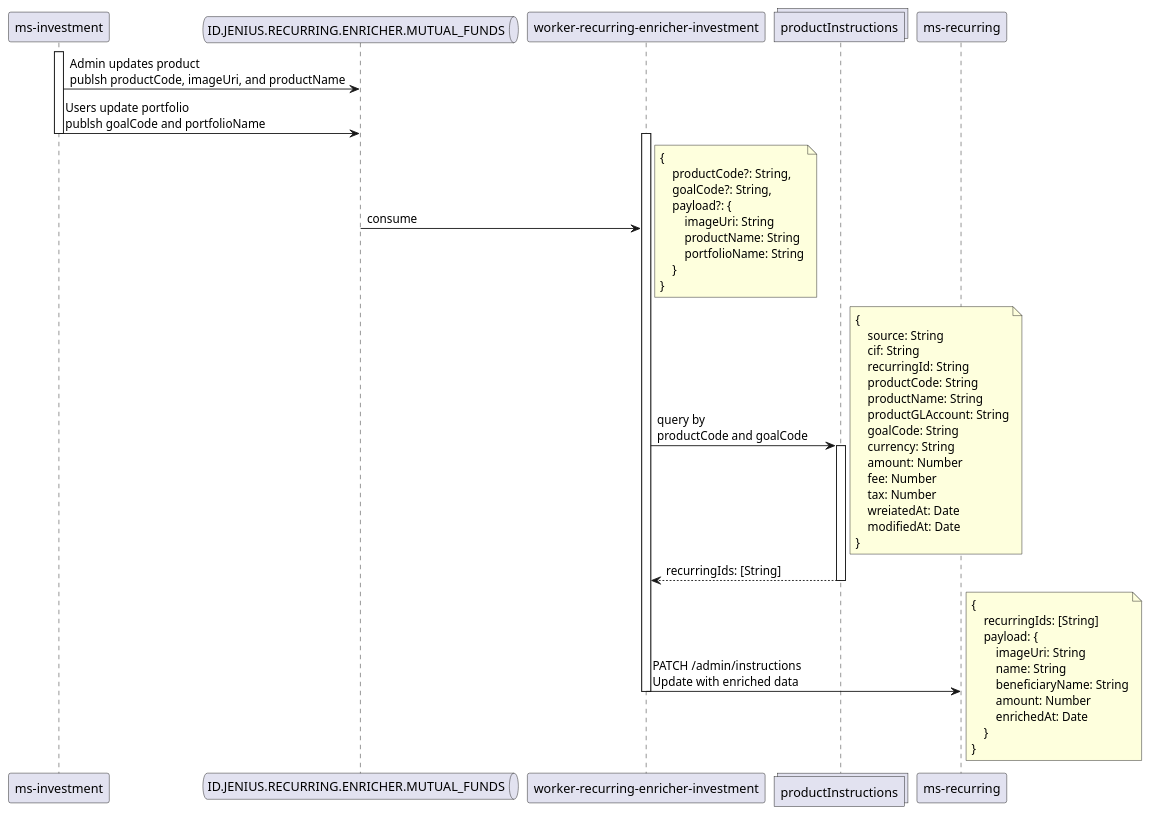
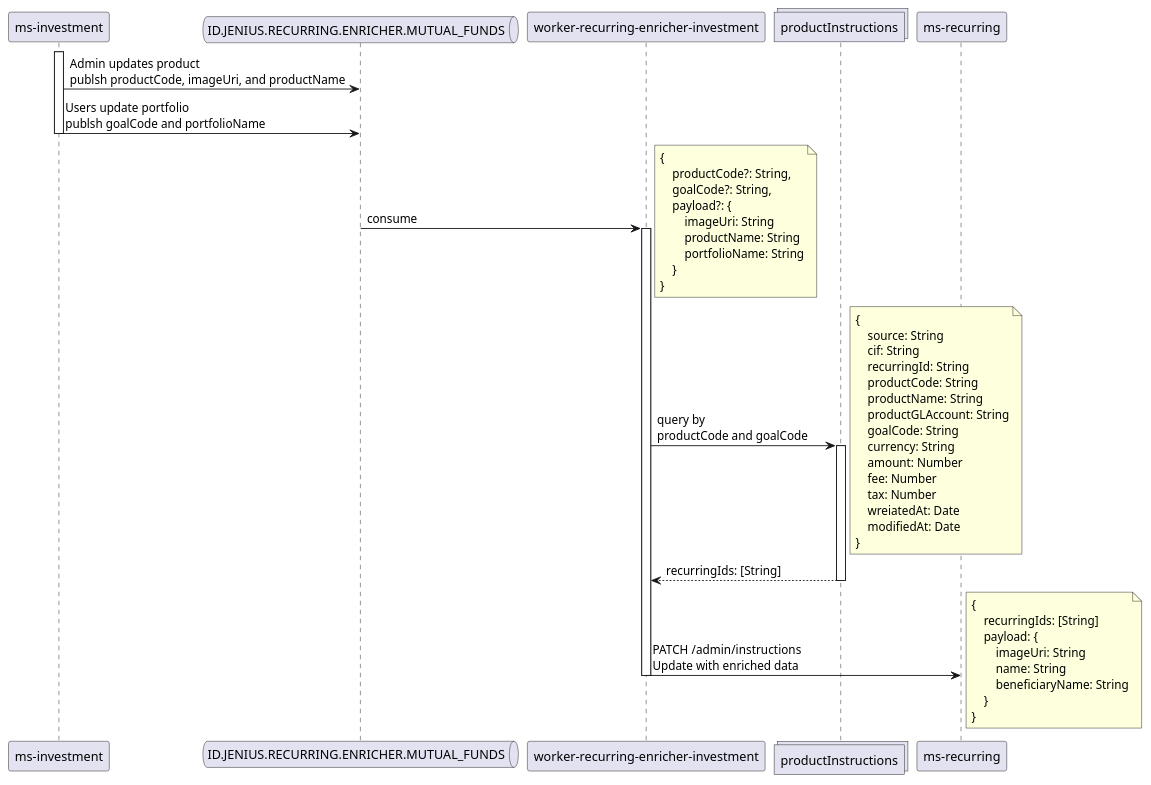
The diagram in enricherRecurring.puml (iksena/jenius-uml), drawn with PlantUML before and after one commit. The commit also changed 5 other files, not shown here.

```diff
--- a/enricherRecurring.puml
+++ b/enricherRecurring.puml
@@ -1,62 +1,60 @@
 @startuml mutual funds cron recurring
 
 participant "ms-investment" as mi
 queue "ID.JENIUS.RECURRING.ENRICHER.MUTUAL_FUNDS" as kafka
 participant "worker-recurring-enricher-investment" as wrei
 collections "productInstructions" as prods
 participant "ms-recurring" as instr
 
 activate mi
 mi -> kafka: Admin updates product\npublsh productCode, imageUri, and productName 
 mi -> kafka: Users update portfolio\npublsh goalCode and portfolioName 
 deactivate mi
-activate wrei
 kafka -> wrei: consume
 note right
 { 
     productCode?: String, 
     goalCode?: String, 
     payload?: {
         imageUri: String
         productName: String
         portfolioName: String
     }
 }
 end note
+activate wrei
 wrei -> prods: query by \nproductCode and goalCode
 note right
 { 
     source: String
     cif: String
     recurringId: String
     productCode: String
     productName: String
     productGLAccount: String
     goalCode: String
     currency: String
     amount: Number
     fee: Number
     tax: Number
     wreiatedAt: Date
     modifiedAt: Date
 }
 end note
 activate prods
 prods --> wrei: recurringIds: [String]
 deactivate prods
 wrei -> instr: PATCH /admin/instructions\nUpdate with enriched data
 note right
 {
     recurringIds: [String]
     payload: {
         imageUri: String
         name: String
         beneficiaryName: String
-        amount: Number
-        enrichedAt: Date
     }
 }
 end note
 deactivate wrei
 
 @enduml
```
